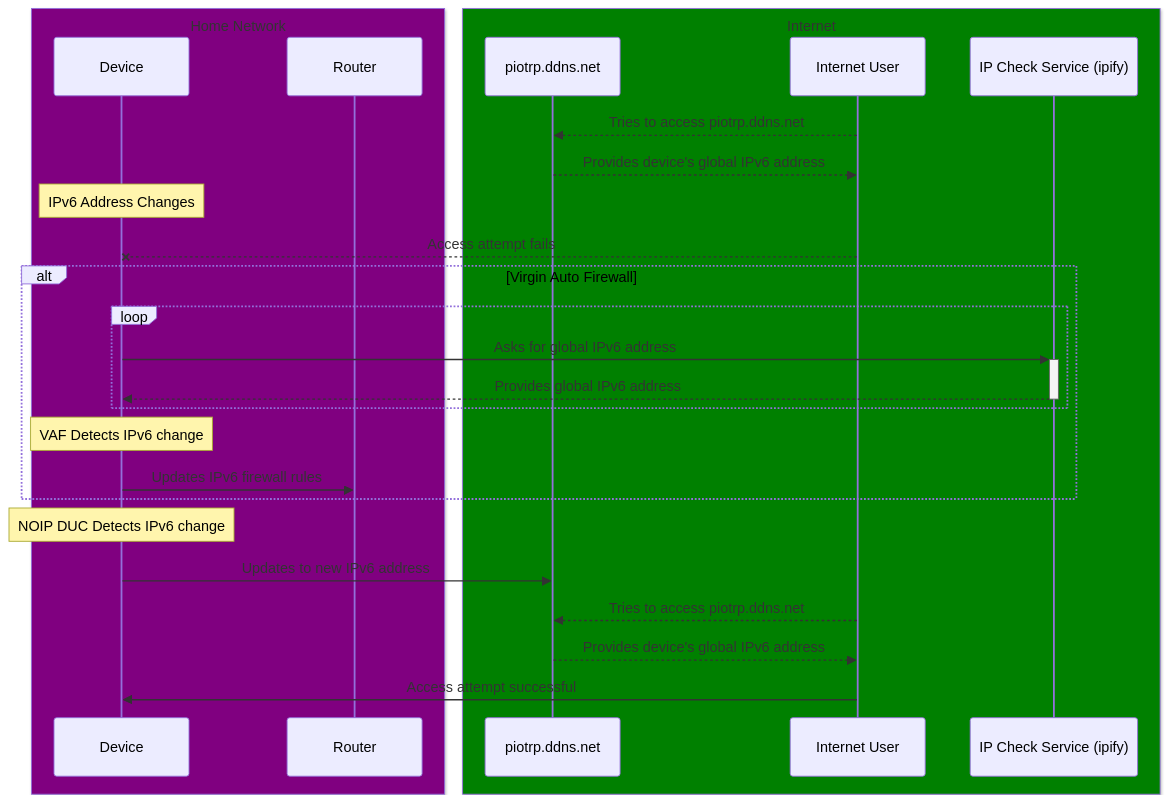
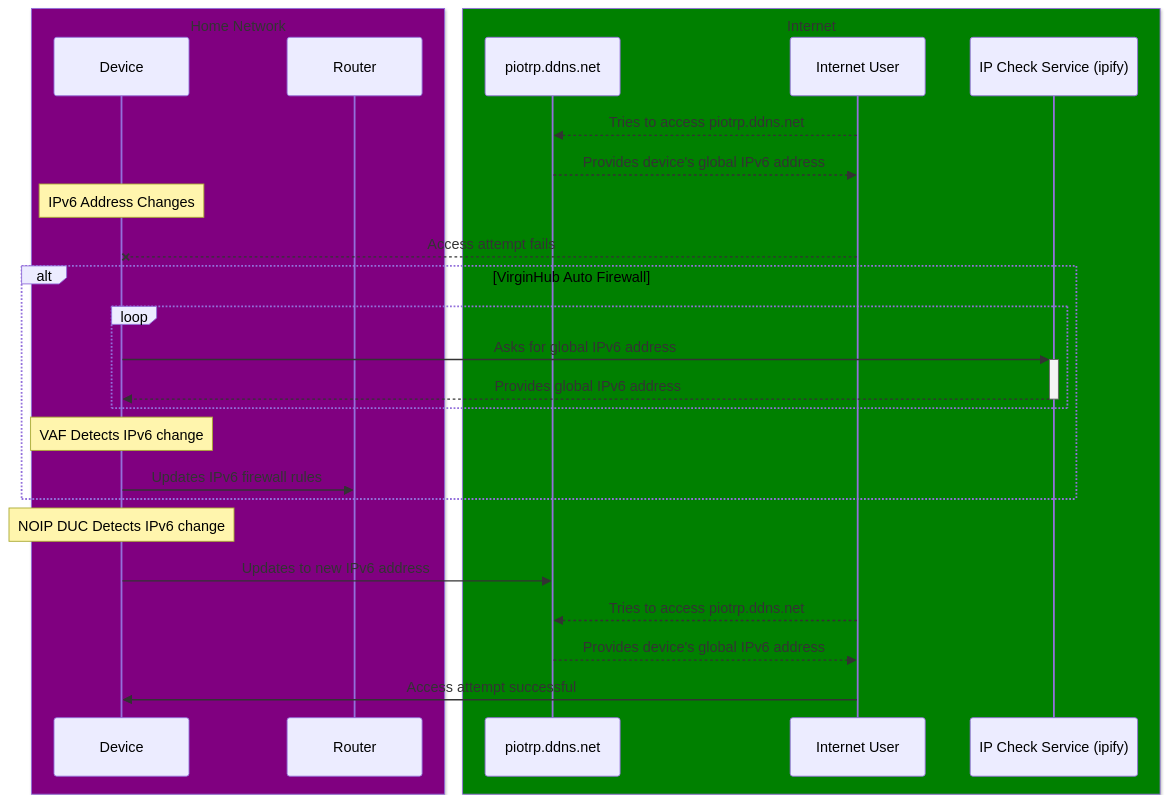
One commit to piotrpdev/virgin-auto-firewall changed the diagram in README.md. Above: the diagram before and after it, drawn with Mermaid. The commit also changed other lines of this file and 2 other files, not shown here.

````diff
--- a/README.md
+++ b/README.md
@@ -3,31 +3,31 @@
 ```mermaid
 sequenceDiagram
     box Purple Home Network
     participant HomeDevice as Device
     participant Router as Router
     end
     box Green Internet
     participant DNS as piotrp.ddns.net
     participant ExternalDevice as Internet User
     participant IPCheckService as IP Check Service (ipify)
     end
 
     ExternalDevice-->>DNS: Tries to access piotrp.ddns.net
     DNS -->>ExternalDevice: Provides device's global IPv6 address
     Note over HomeDevice: IPv6 Address Changes
     ExternalDevice--xHomeDevice: Access attempt fails
-    alt Virgin Auto Firewall
+    alt VirginHub Auto Firewall
     loop
     HomeDevice->>+IPCheckService: Asks for global IPv6 address
     IPCheckService-->>-HomeDevice: Provides global IPv6 address
     end
     Note over HomeDevice: VAF Detects IPv6 change
     HomeDevice->>Router: Updates IPv6 firewall rules
     end
     Note over HomeDevice: NOIP DUC Detects IPv6 change
     HomeDevice->>DNS: Updates to new IPv6 address
     ExternalDevice-->>DNS: Tries to access piotrp.ddns.net
     DNS -->>ExternalDevice: Provides device's global IPv6 address
     ExternalDevice->>HomeDevice: Access attempt successful
 
 ```
````
